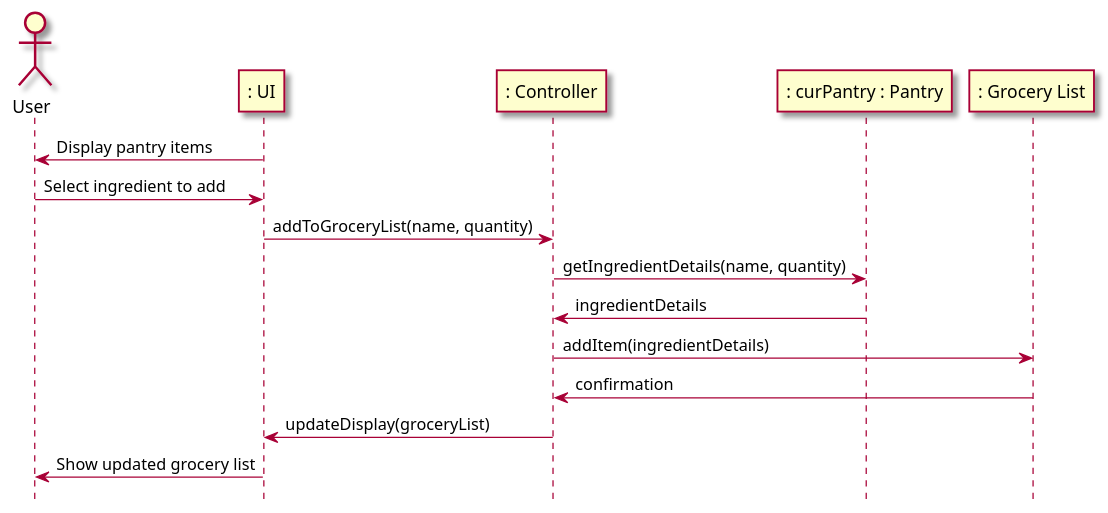
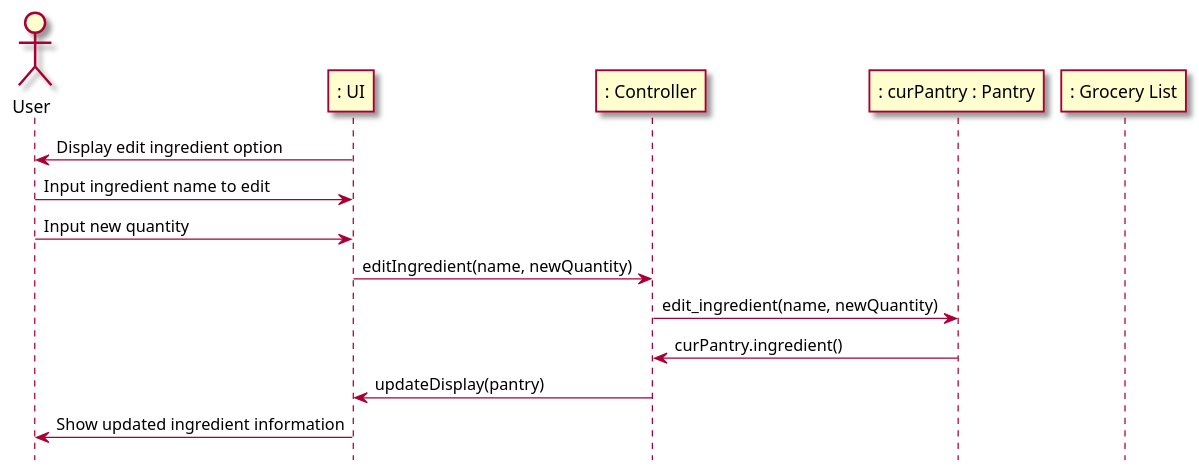
Before and after one commit to berthashipper/Pantry-Pal-Android-Application: the eighth of 8 diagrams in intellij/doc/use-cases/manage_pantry.md, drawn with PlantUML. The commit also changed other lines of this file and 2 other files, not shown here.

`````diff
--- a/intellij/doc/use-cases/manage_pantry.md
+++ b/intellij/doc/use-cases/manage_pantry.md
@@ -225,24 +226,23 @@
 ```plantuml
 @startuml
 skin rose
 
 hide footbox
 
 actor User as user
 participant ": UI" as ui
 participant ": Controller" as cont
 participant ": curPantry : Pantry" as pantry
 participant ": Grocery List" as grocery
 
-ui -> user : Display pantry items
-user -> ui : Select ingredient to add
-ui -> cont : addToGroceryList(name, quantity)
-cont -> pantry : getIngredientDetails(name, quantity)
-pantry -> cont : ingredientDetails
-cont -> grocery : addItem(ingredientDetails)
-grocery -> cont : confirmation
-cont -> ui : updateDisplay(groceryList)
-ui -> user : Show updated grocery list
+ui -> user : Display edit ingredient option
+user -> ui : Input ingredient name to edit
+user -> ui : Input new quantity
+ui -> cont : editIngredient(name, newQuantity)
+cont -> pantry : edit_ingredient(name, newQuantity)
+pantry -> cont : curPantry.ingredient()
+cont -> ui : updateDisplay(pantry)
+ui -> user : Show updated ingredient information
 
 @enduml
 ````
`````
